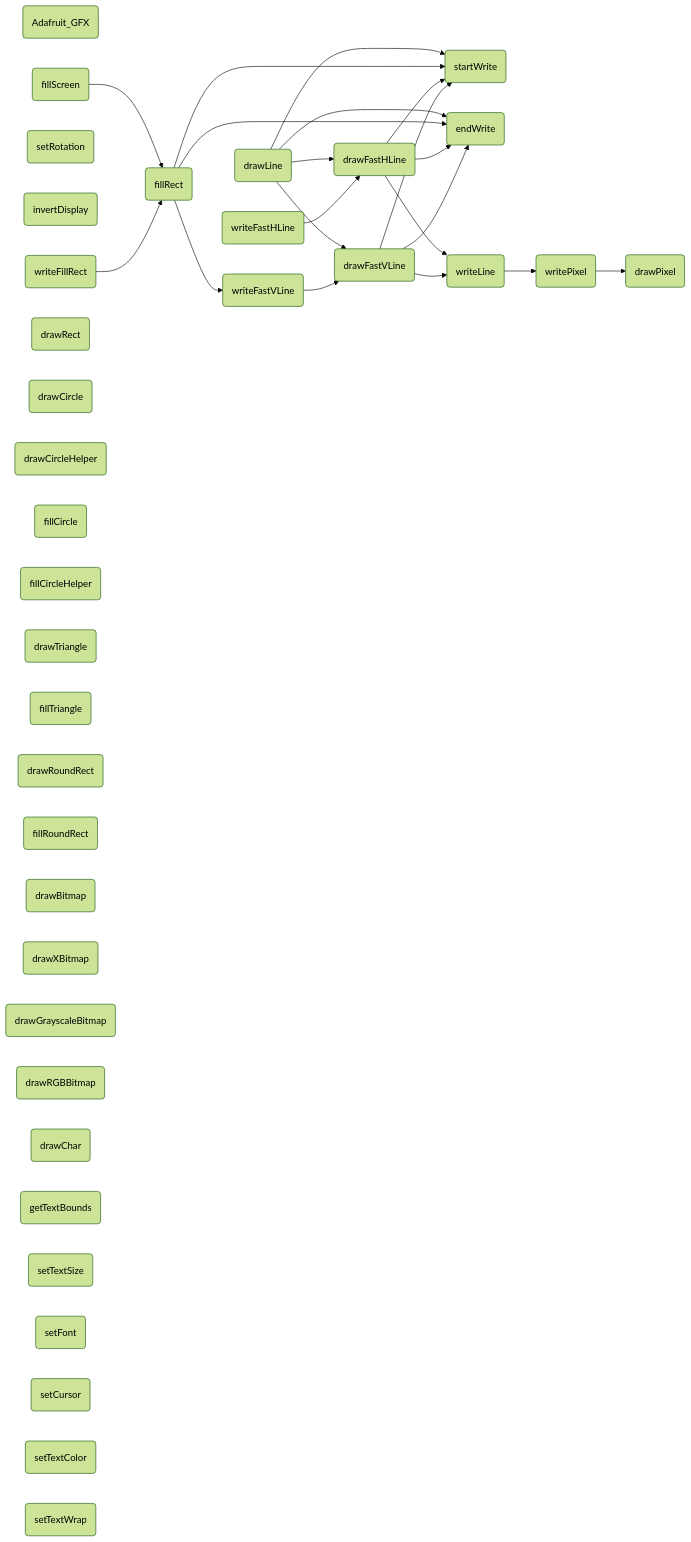
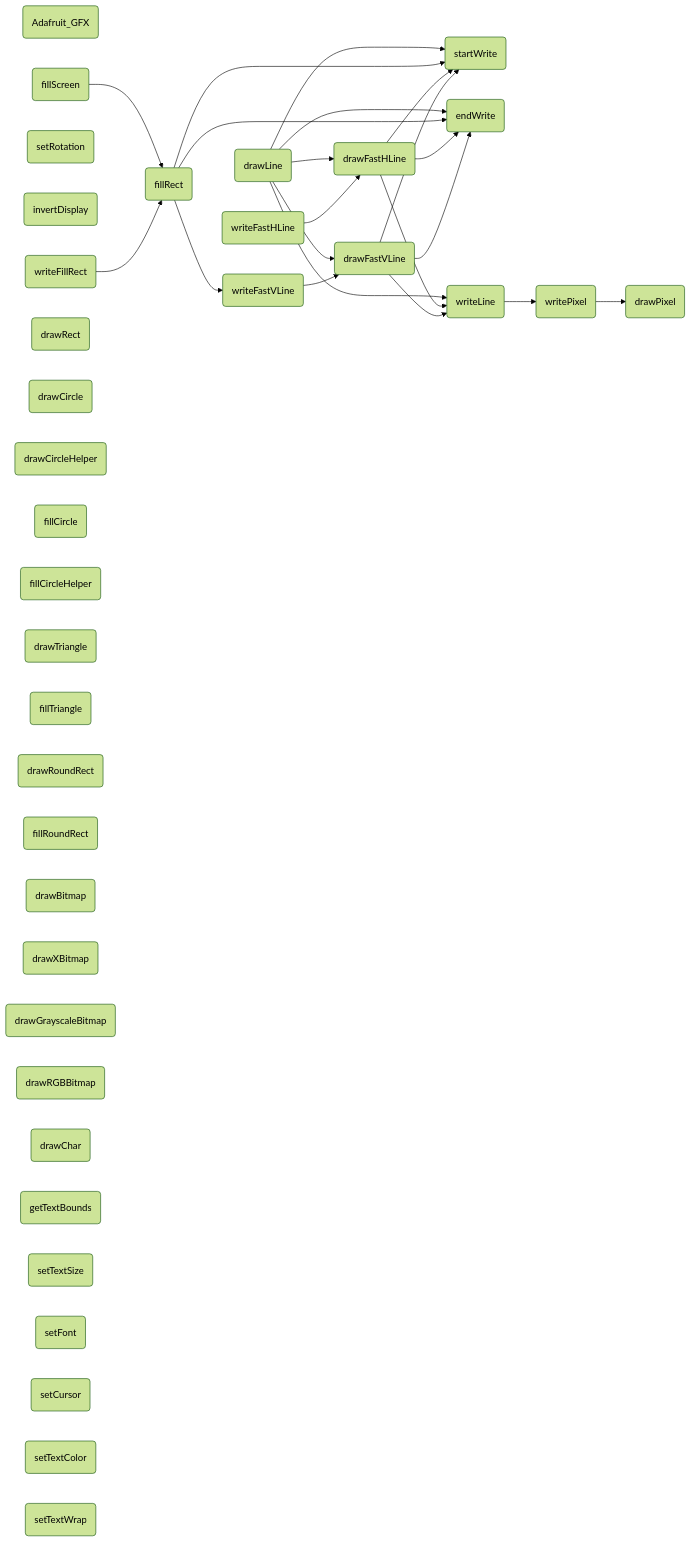
The diagram in all/未命名.md (icodezhanglei/iodraw-files), drawn with Mermaid (forest theme) before and after one commit.

Commit message:
2024-09-13 18:28:47 update

````diff
--- a/all/未命名.md
+++ b/all/未命名.md
@@ -1,52 +1,52 @@
 ```mermaid
 flowchart LR
 Adafruit_GF(Adafruit_GFX)
 drawPixel(drawPixel)
 startWrite(startWrite)
 endWrite(endWrite)
 writePixel(writePixel)
 writeFillRect(writeFillRect)
 writeFastVLine(writeFastVLine)
 writeFastHLine(writeFastHLine)
 writeLine(writeLine)
 setRotation(setRotation)
 invertDisplay(invertDisplay)
 drawFastVLine(drawFastVLine)
 drawFastHLine(drawFastHLine)
 fillRect(fillRect)
 fillScreen(fillScreen)
 drawLine(drawLine)
 drawRect(drawRect)
 drawCircle(drawCircle)
 drawCircleHelper(drawCircleHelper)
 fillCircle(fillCircle)
 fillCircleHelper(fillCircleHelper)
 drawTriangle(drawTriangle)
 fillTriangle(fillTriangle)
 drawRoundRect(drawRoundRect)
 fillRoundRect(fillRoundRect)
 drawBitmap(drawBitmap)
 drawXBitmap(drawXBitmap)
 drawGrayscaleBitmap(drawGrayscaleBitmap)
 drawRGBBitmap(drawRGBBitmap)
 drawChar(drawChar)
 getTextBounds(getTextBounds)
 setTextSize(setTextSize)
 setFont(setFont)
 setCursor(setCursor)
 setTextColor(setTextColor)
 setTextWrap(setTextWrap)
 
 writeLine --> writePixel --> drawPixel
 
 writeFastVLine --> drawFastVLine --> startWrite & endWrite
 drawFastVLine --> writeLine
 
 writeFastHLine --> drawFastHLine --> startWrite & endWrite
 drawFastHLine --> writeLine
 
 writeFillRect --> fillRect --> writeFastVLine & startWrite & endWrite
 
 fillScreen --> fillRect
-drawLine --> drawFastVLine & drawFastHLine & startWrite & endWrite 
+drawLine --> drawFastVLine & drawFastHLine & startWrite & endWrite & writeLine
 ```
````
